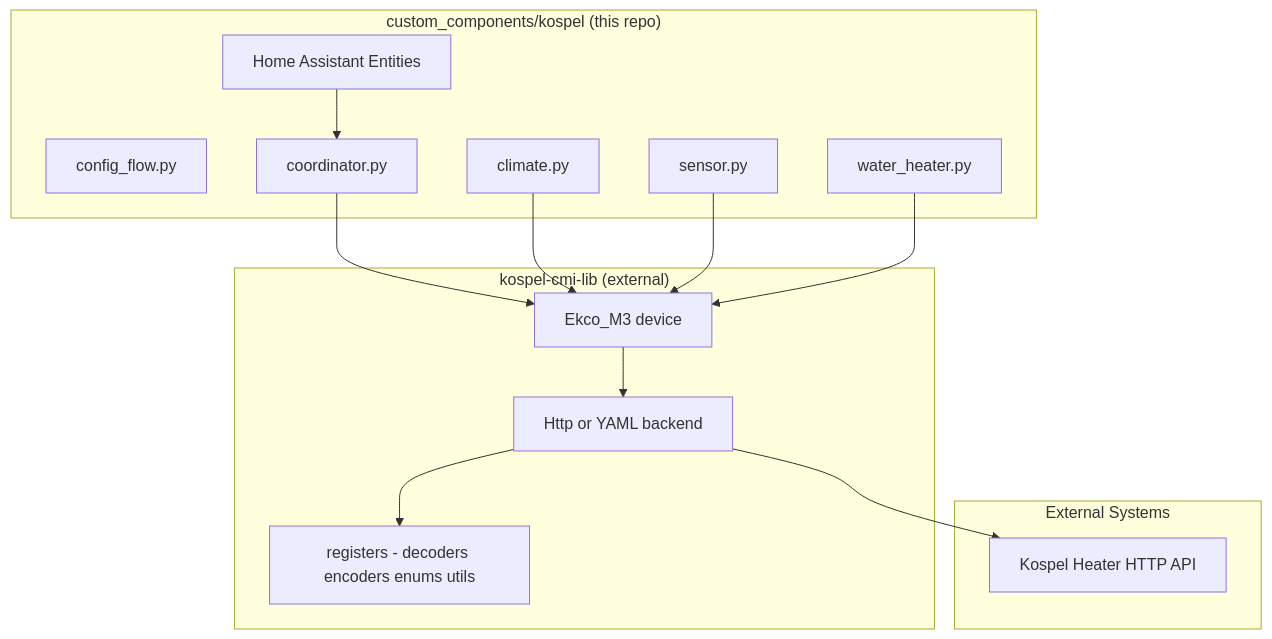
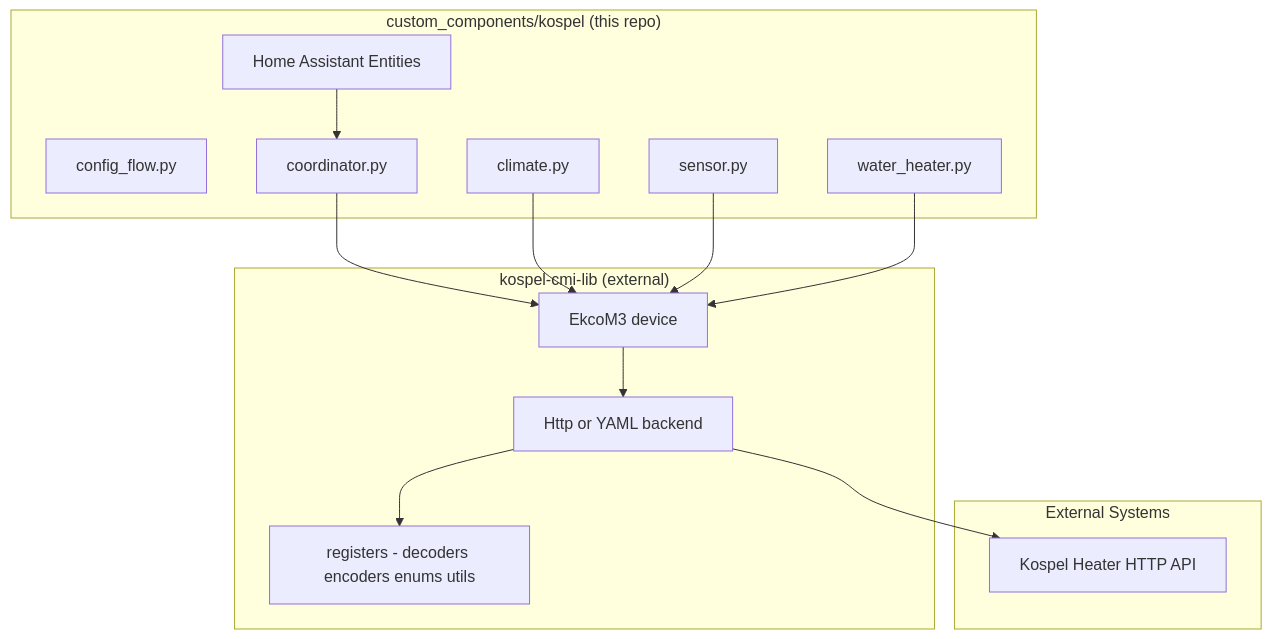
The diagram in docs/architecture.md (JanKrl/ha-kospel-cmi), drawn with Mermaid before and after one commit. The commit also changed 25 other files, not shown here.

````diff
--- a/docs/architecture.md
+++ b/docs/architecture.md
@@ -5,31 +5,31 @@
 ```mermaid
 graph TB
     subgraph Integration["custom_components/kospel (this repo)"]
         HA[Home Assistant Entities]
         ConfigFlow[config_flow.py]
         Coordinator[coordinator.py]
         SensorEntity[sensor.py]
         ClimateEntity[climate.py]
         WaterHeaterEntity[water_heater.py]
     end
 
     subgraph Library["kospel-cmi-lib (external)"]
-        Ekco_M3[Ekco_M3 device]
+        EkcoM3[EkcoM3 device]
         Backend[Http or YAML backend]
         Registers[registers - decoders encoders enums utils]
     end
 
     subgraph External["External Systems"]
         HeaterAPI[Kospel Heater HTTP API]
     end
 
     HA --> Coordinator
-    Coordinator --> Ekco_M3
-    ClimateEntity --> Ekco_M3
-    SensorEntity --> Ekco_M3
-    WaterHeaterEntity --> Ekco_M3
+    Coordinator --> EkcoM3
+    ClimateEntity --> EkcoM3
+    SensorEntity --> EkcoM3
+    WaterHeaterEntity --> EkcoM3
 
-    Ekco_M3 --> Backend
+    EkcoM3 --> Backend
     Backend --> Registers
     Backend --> HeaterAPI
 ```
````
